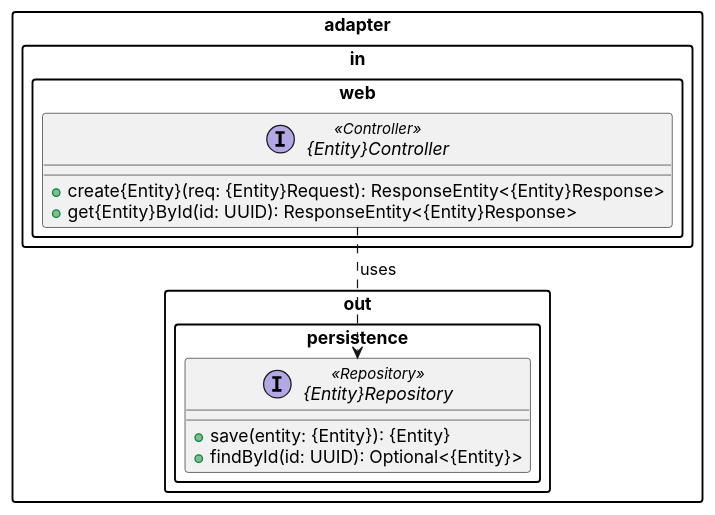
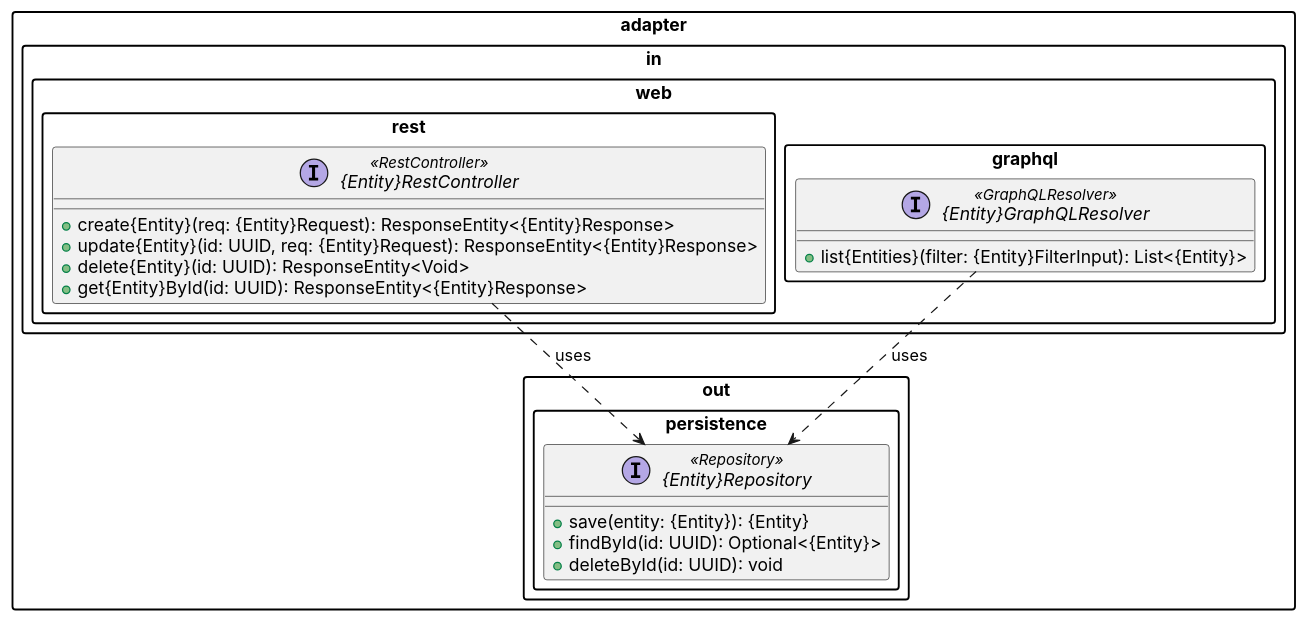
Before and after one commit to linuschien/score-assistant: the diagram in .agents/skills/contract-generator/SKILL.md, drawn with PlantUML. The commit also changed other lines of this file and 1 other file, not shown here.

Commit message:
feat: split contract generator into RestController and GraphQLResolver roles with strict mutation/query separation

````diff
--- a/.agents/skills/contract-generator/SKILL.md
+++ b/.agents/skills/contract-generator/SKILL.md
@@ -97,29 +124,42 @@
 ```plantuml
 @startuml {entity_name}_contract
 
 !pragma layout smetana
 skinparam packageStyle rectangle
 skinparam defaultFontName Inter
 
-package "adapter.in.web" {
-  interface "{Entity}Controller" <<Controller>> {
-    ' --- CRUD Operations ---
+package "adapter.in.web.rest" {
+  interface "{Entity}RestController" <<RestController>> {
+    ' --- Mutations ---
     + create{Entity}(req: {Entity}Request): ResponseEntity<{Entity}Response>
+    + update{Entity}(id: UUID, req: {Entity}Request): ResponseEntity<{Entity}Response>
+    + delete{Entity}(id: UUID): ResponseEntity<Void>
+    ' --- Single-resource Query (optional) ---
     + get{Entity}ById(id: UUID): ResponseEntity<{Entity}Response>
     ' ... (only include verbs enabled by metadata)
+  }
+}
+
+package "adapter.in.web.graphql" {
+  interface "{Entity}GraphQLResolver" <<GraphQLResolver>> {
+    ' --- Collection / Filtered Queries ---
+    + list{Entities}(filter: {Entity}FilterInput): List<{Entity}>
+    ' ... (only include query ops enabled by metadata)
   }
 }
 
 package "adapter.out.persistence" {
   interface "{Entity}Repository" <<Repository>> {
     + save(entity: {Entity}): {Entity}
     + findById(id: UUID): Optional<{Entity}>
+    + deleteById(id: UUID): void
     ' ... (only include ops enabled by metadata)
   }
 }
 
 ' === Dependency Arrows ===
-"{Entity}Controller" ..> "{Entity}Repository" : uses
+"{Entity}RestController"  ..> "{Entity}Repository" : uses
+"{Entity}GraphQLResolver" ..> "{Entity}Repository" : uses
 
 @enduml
 ```
````
